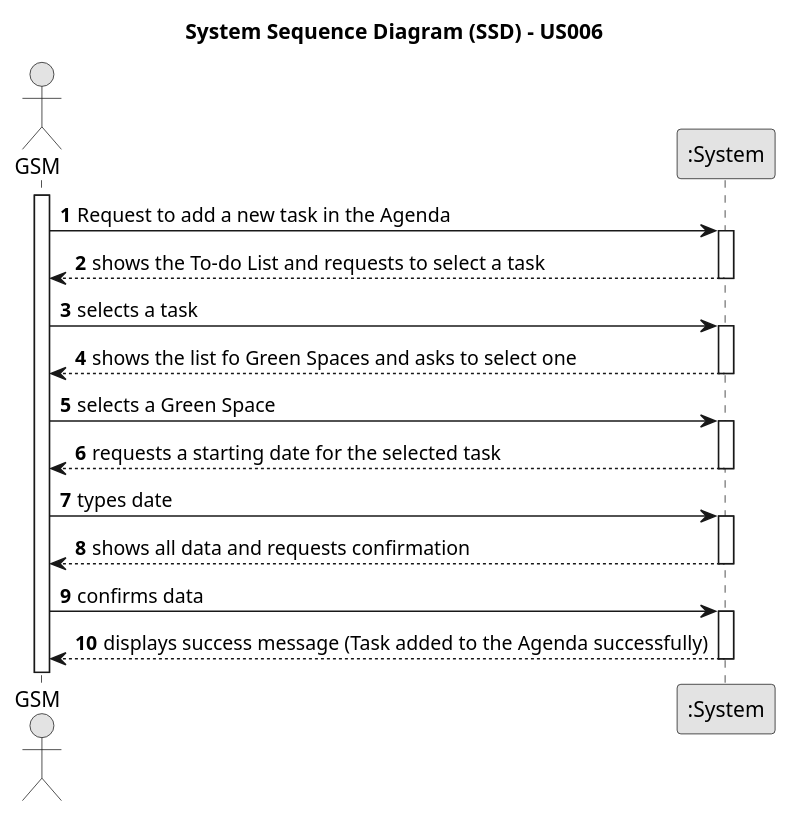
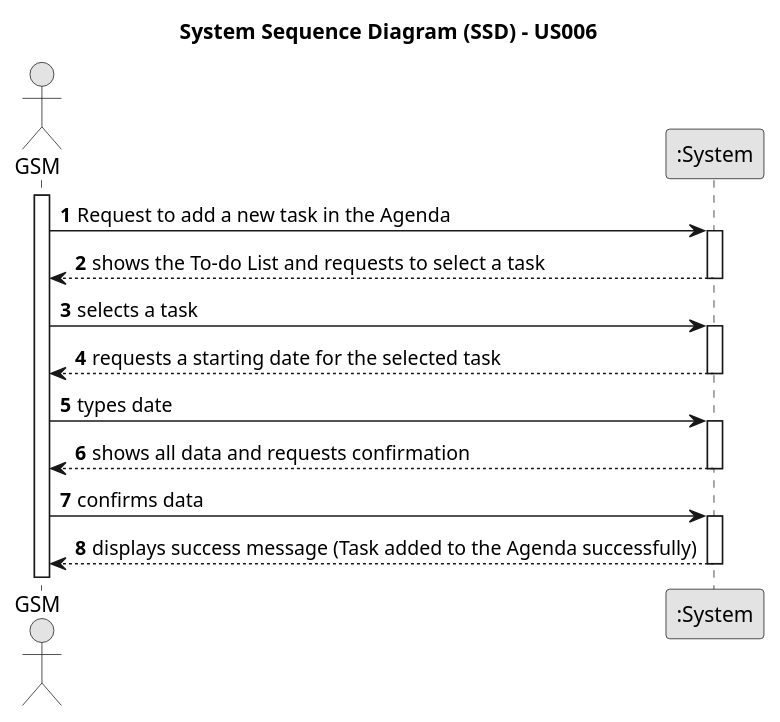
Before and after one commit to ricardomm7/leaflink: the diagram in docs/sprintC/us022/01.requirements-engineering/puml/us022-system-sequence-diagram-alternative-one.puml, drawn with PlantUML. The commit also changed 1 other file, not shown here.

```diff
--- a/docs/sprintC/us022/01.requirements-engineering/puml/us022-system-sequence-diagram-alternative-one.puml
+++ b/docs/sprintC/us022/01.requirements-engineering/puml/us022-system-sequence-diagram-alternative-one.puml
@@ -1,48 +1,41 @@
 @startuml
 skinparam monochrome true
 skinparam packageStyle rectangle
 skinparam shadowing false
 
 title System Sequence Diagram (SSD) - US006
 
 autonumber
 
 actor "GSM" as GSM
 participant ":System" as System
 
 activate GSM
 
     GSM -> System : Request to add a new task in the Agenda
     activate System
 
         System --> GSM : shows the To-do List and requests to select a task
     deactivate System
 
     GSM -> System : selects a task
 
     activate System
 
-        System --> GSM : shows the list fo Green Spaces and asks to select one
-    deactivate System
-
-    GSM -> System : selects a Green Space
-
-    activate System
-
         System --> GSM : requests a starting date for the selected task
     deactivate System
 
     GSM -> System : types date
 
     activate System
 
         System --> GSM : shows all data and requests confirmation
     deactivate System
 
     GSM -> System : confirms data
     activate System
 
         System --> GSM : displays success message (Task added to the Agenda successfully)
     deactivate System
 
 @enduml
```
